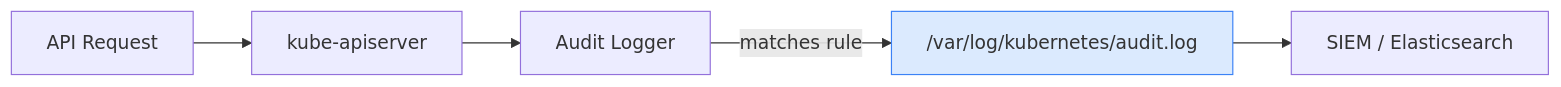
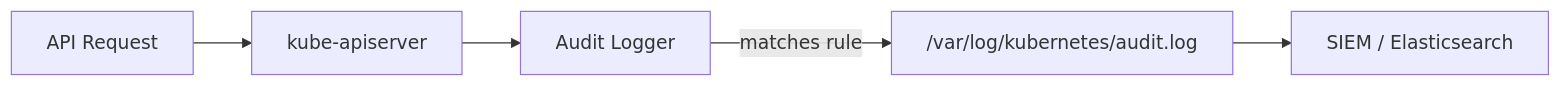
The second of 2 diagrams in content/cka/09-security-rbac-tls-psa-networkpolicy/95-etcd-encryption-audit-logging/95-etcd-encryption-audit-logging.md (Gautam4424/k8slearn-content), drawn with Mermaid before and after one commit. The commit also changed other lines of this file and 40 other files, not shown here.

Commit message:
chore: fix mermaid style regex

````diff
--- a/content/cka/09-security-rbac-tls-psa-networkpolicy/95-etcd-encryption-audit-logging/95-etcd-encryption-audit-logging.md
+++ b/content/cka/09-security-rbac-tls-psa-networkpolicy/95-etcd-encryption-audit-logging/95-etcd-encryption-audit-logging.md
@@ -65,8 +63,7 @@
 ```mermaid
 flowchart LR
     REQ["API Request"] --> API["kube-apiserver"]
     API --> AL["Audit Logger"]
     AL -->|matches rule| LOG["/var/log/kubernetes/audit.log"]
     LOG --> SIEM["SIEM / Elasticsearch"]
-    style LOG fill:#dbeafe,stroke:#3b82f6
 ```
````
